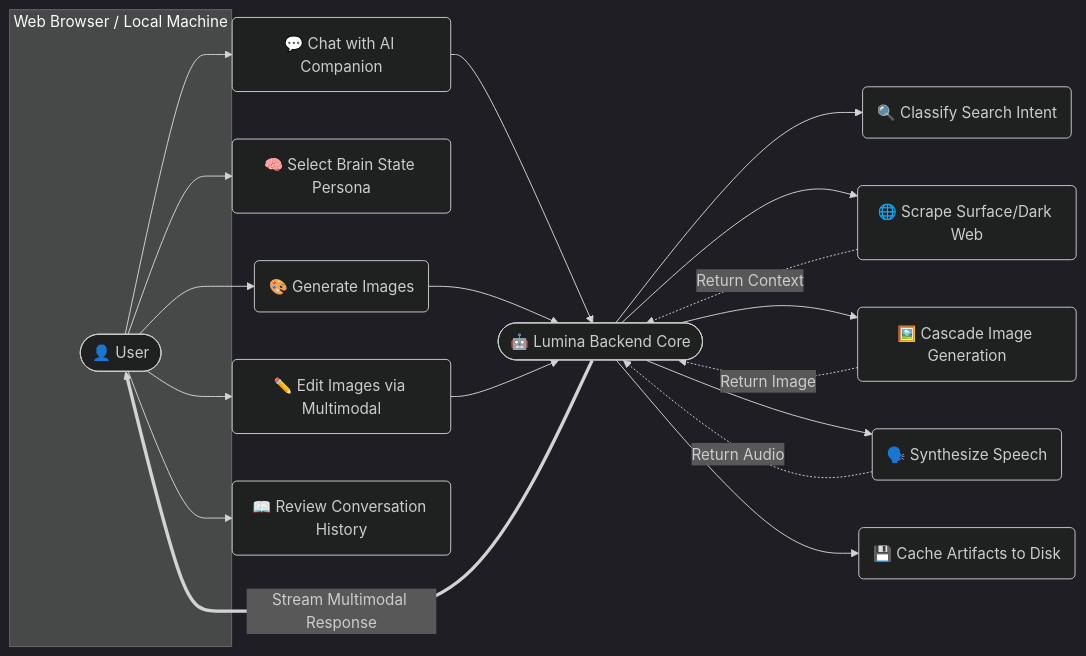
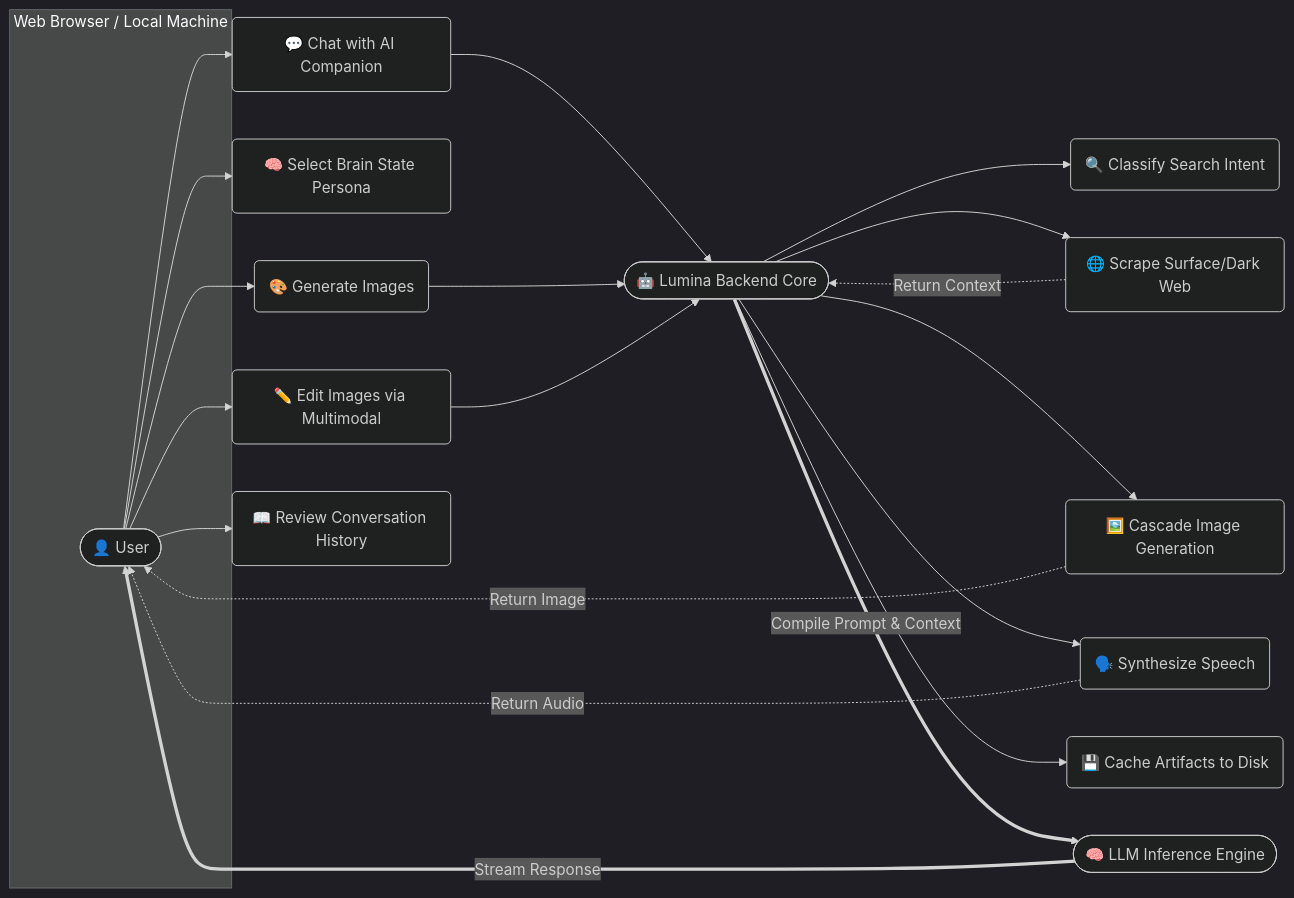
One commit to Mhghazy/Lumina-AI changed the third of 5 diagrams in lumina_technical_documentation.md. Above: the diagram before and after it, drawn with Mermaid (dark theme).

Commit message:
docs: route diagram data through the inference engine

````diff
--- a/lumina_technical_documentation.md
+++ b/lumina_technical_documentation.md
@@ -799,32 +799,34 @@
 ```mermaid
 flowchart LR
     subgraph Client [Web Browser / Local Machine]
         User([👤 User])
     end
     
     Lumina([🤖 Lumina Backend Core])
+    Engine([🧠 LLM Inference Engine])
     
     User --> UC1(💬 Chat with AI Companion)
     User --> UC2(🧠 Select Brain State Persona)
     User --> UC3(🎨 Generate Images)
     User --> UC4(✏️ Edit Images via Multimodal)
     User --> UC5(📖 Review Conversation History)
     
     %% Connections between User intents and Backend Execution
     UC1 --> Lumina
     UC3 --> Lumina
     UC4 --> Lumina
     
     Lumina --> BUC1(🔍 Classify Search Intent)
     Lumina --> BUC2(🌐 Scrape Surface/Dark Web)
     Lumina --> BUC4(🖼️ Cascade Image Generation)
     Lumina --> BUC5(🗣️ Synthesize Speech)
     Lumina --> BUC6(💾 Cache Artifacts to Disk)
     
     %% Feedback loops returning the data
     BUC2 -.->|Return Context| Lumina
-    BUC4 -.->|Return Image| Lumina
-    BUC5 -.->|Return Audio| Lumina
+    BUC4 -.->|Return Image| User
+    BUC5 -.->|Return Audio| User
     
-    Lumina ==>|Stream Multimodal Response| User
+    Lumina ==>|Compile Prompt & Context| Engine
+    Engine ==>|Stream Response| User
 ```
````
